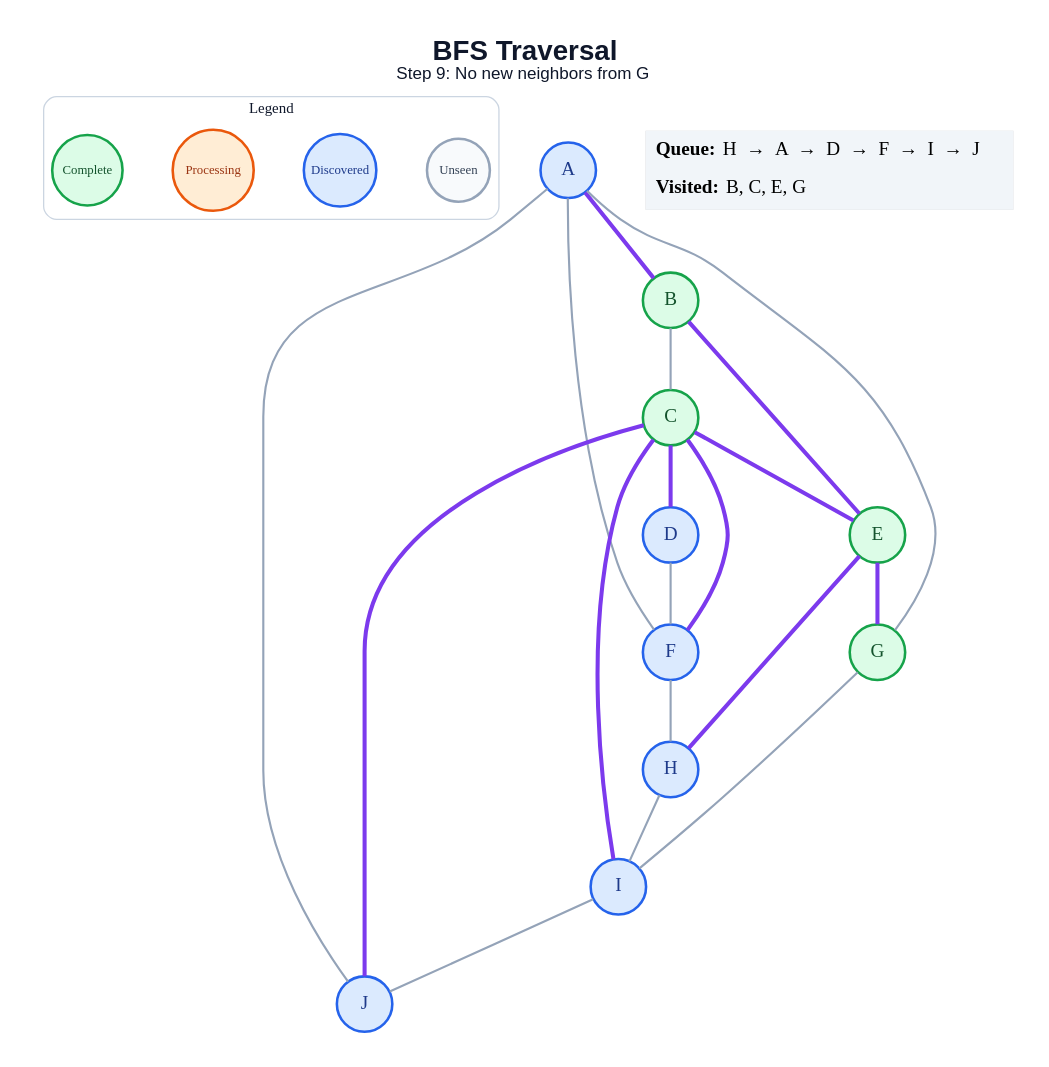
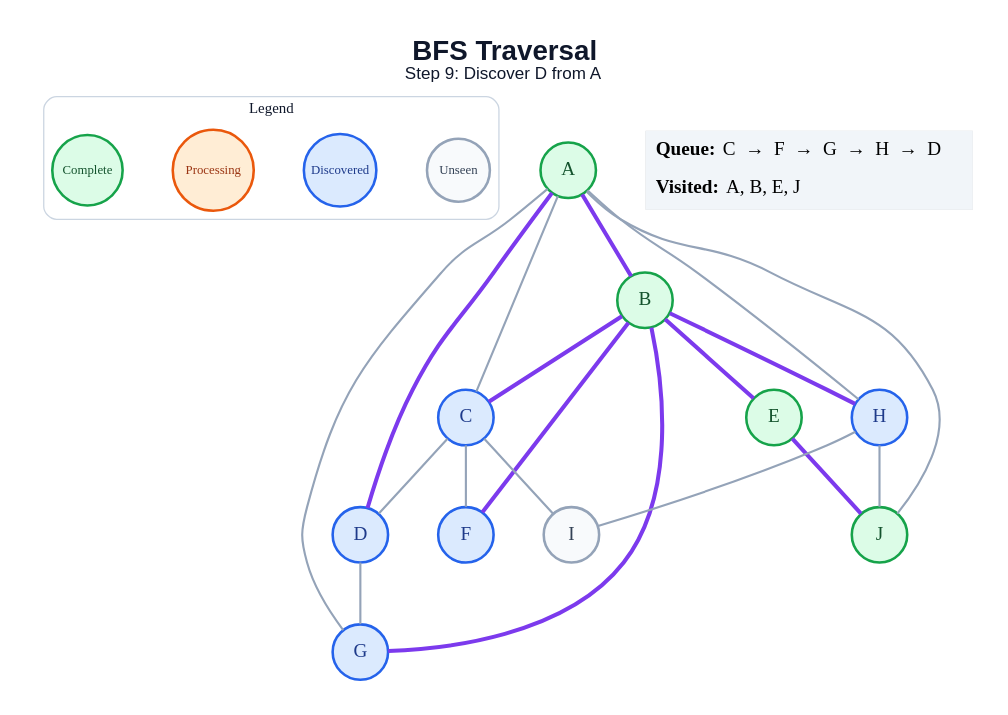
Before and after one commit to amanghodawala9/ai-slop: the diagram in generated/specific-node/bfs/step_09.dot, drawn with Graphviz. The commit also changed 178 other files, not shown here.

```diff
--- a/generated/specific-node/bfs/step_09.dot
+++ b/generated/specific-node/bfs/step_09.dot
@@ -1,47 +1,47 @@
 graph traversal {
   graph [layout=dot, rankdir=TB, bgcolor="#FFFFFF", pad="0.35", nodesep="0.65", ranksep="0.8", fontname="Arial"];
   node [shape=circle, style="filled", fontname="Arial Bold", fontsize=18, width=0.72, fixedsize=true, penwidth=2.4];
   edge [color="#94A3B8", penwidth=2.0];
-  label=<<B>BFS Traversal</B><BR/><FONT POINT-SIZE="16">Step 9: No new neighbors from G</FONT>>; labelloc="t"; fontsize=26; fontname="Arial"; fontcolor="#0F172A";
+  label=<<B>BFS Traversal</B><BR/><FONT POINT-SIZE="16">Step 9: Discover D from A</FONT>>; labelloc="t"; fontsize=26; fontname="Arial"; fontcolor="#0F172A";
   subgraph cluster_legend { label="Legend"; color="#CBD5E1"; penwidth=1.2; style="rounded"; fontsize=14; fontname="Arial Bold";
     key_unseen [label="Unseen", fillcolor="#F8FAFC", color="#94A3B8", fontcolor="#334155", fontsize=12, width=0.82];
     key_frontier [label="Discovered", fillcolor="#DBEAFE", color="#2563EB", fontcolor="#1E3A8A", fontsize=12, width=0.95];
     key_current [label="Processing", fillcolor="#FFEDD5", color="#EA580C", fontcolor="#9A3412", fontsize=12, width=1.05];
     key_done [label="Complete", fillcolor="#DCFCE7", color="#16A34A", fontcolor="#14532D", fontsize=12, width=0.92];
     { rank=same; key_unseen; key_frontier; key_current; key_done; }
   }
-  A [fillcolor="#DBEAFE", color="#2563EB", fontcolor="#1E3A8A"];
+  A [fillcolor="#DCFCE7", color="#16A34A", fontcolor="#14532D"];
   B [fillcolor="#DCFCE7", color="#16A34A", fontcolor="#14532D"];
-  C [fillcolor="#DCFCE7", color="#16A34A", fontcolor="#14532D"];
+  C [fillcolor="#DBEAFE", color="#2563EB", fontcolor="#1E3A8A"];
   D [fillcolor="#DBEAFE", color="#2563EB", fontcolor="#1E3A8A"];
   E [fillcolor="#DCFCE7", color="#16A34A", fontcolor="#14532D"];
   F [fillcolor="#DBEAFE", color="#2563EB", fontcolor="#1E3A8A"];
-  G [fillcolor="#DCFCE7", color="#16A34A", fontcolor="#14532D"];
+  G [fillcolor="#DBEAFE", color="#2563EB", fontcolor="#1E3A8A"];
   H [fillcolor="#DBEAFE", color="#2563EB", fontcolor="#1E3A8A"];
-  I [fillcolor="#DBEAFE", color="#2563EB", fontcolor="#1E3A8A"];
-  J [fillcolor="#DBEAFE", color="#2563EB", fontcolor="#1E3A8A"];
+  I [fillcolor="#F8FAFC", color="#94A3B8", fontcolor="#334155"];
+  J [fillcolor="#DCFCE7", color="#16A34A", fontcolor="#14532D"];
   A -- B [color="#7C3AED", penwidth=3.8];
-  A -- F;
+  A -- C;
+  A -- D [color="#7C3AED", penwidth=3.8];
   A -- G;
+  A -- H;
   A -- J;
-  B -- C;
+  B -- C [color="#7C3AED", penwidth=3.8];
   B -- E [color="#7C3AED", penwidth=3.8];
-  C -- D [color="#7C3AED", penwidth=3.8];
-  C -- E [color="#7C3AED", penwidth=3.8];
-  C -- F [color="#7C3AED", penwidth=3.8];
-  C -- I [color="#7C3AED", penwidth=3.8];
-  C -- J [color="#7C3AED", penwidth=3.8];
-  D -- F;
-  E -- G [color="#7C3AED", penwidth=3.8];
-  E -- H [color="#7C3AED", penwidth=3.8];
-  F -- H;
-  G -- I;
+  B -- F [color="#7C3AED", penwidth=3.8];
+  B -- G [color="#7C3AED", penwidth=3.8];
+  B -- H [color="#7C3AED", penwidth=3.8];
+  C -- D;
+  C -- F;
+  C -- I;
+  D -- G;
+  E -- J [color="#7C3AED", penwidth=3.8];
   H -- I;
-  I -- J;
+  H -- J;
   status [shape=plain, fixedsize=false, width=0, height=0, margin=0, label=<
     <TABLE BORDER="0" CELLBORDER="0" CELLPADDING="7" BGCOLOR="#F1F5F9">
-      <TR><TD ALIGN="LEFT"><B>Queue:</B> H  →  A  →  D  →  F  →  I  →  J</TD></TR>
-      <TR><TD ALIGN="LEFT"><B>Visited:</B> B, C, E, G</TD></TR>
+      <TR><TD ALIGN="LEFT"><B>Queue:</B> C  →  F  →  G  →  H  →  D</TD></TR>
+      <TR><TD ALIGN="LEFT"><B>Visited:</B> A, B, E, J</TD></TR>
     </TABLE>
   >];
 }
```
